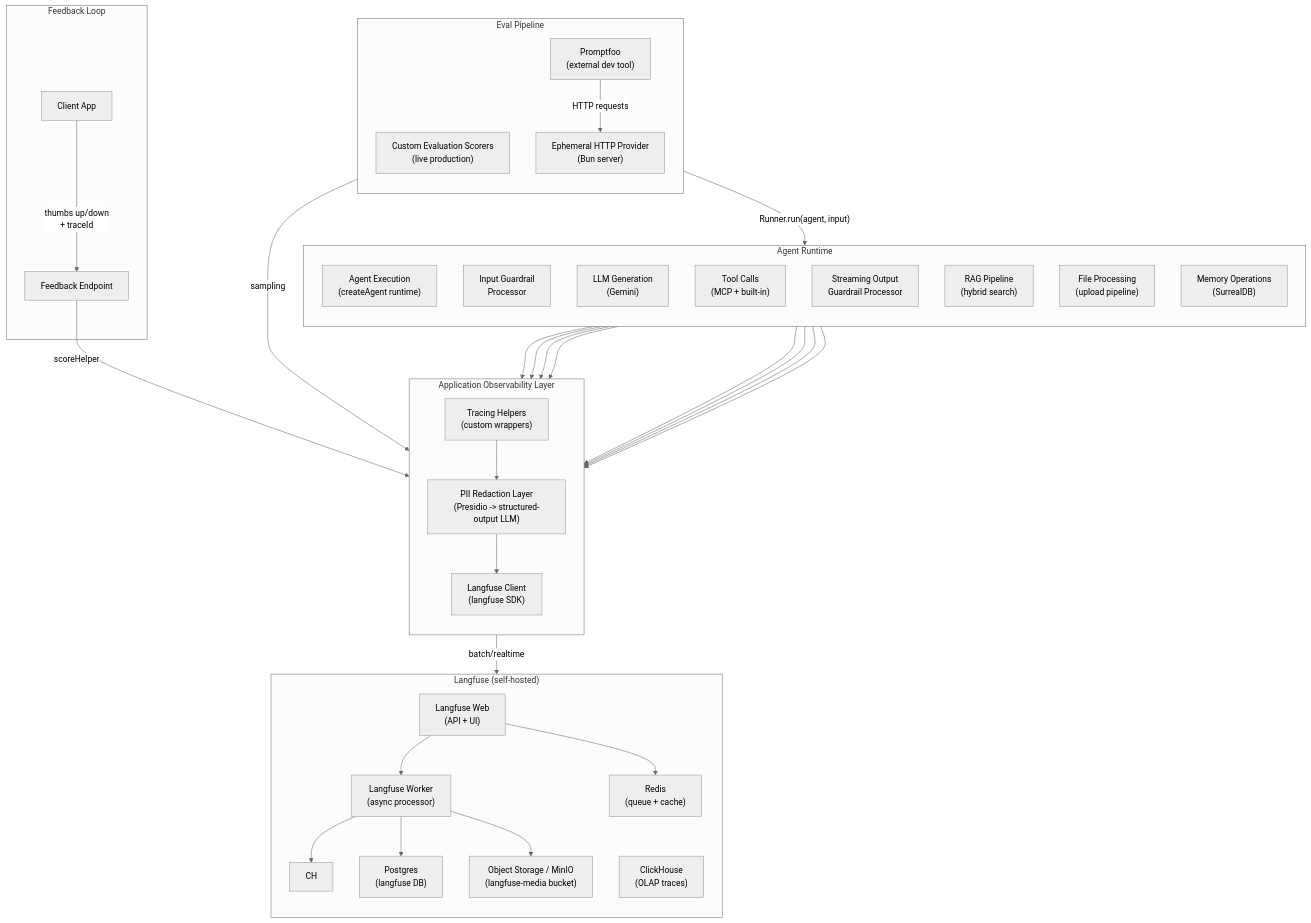
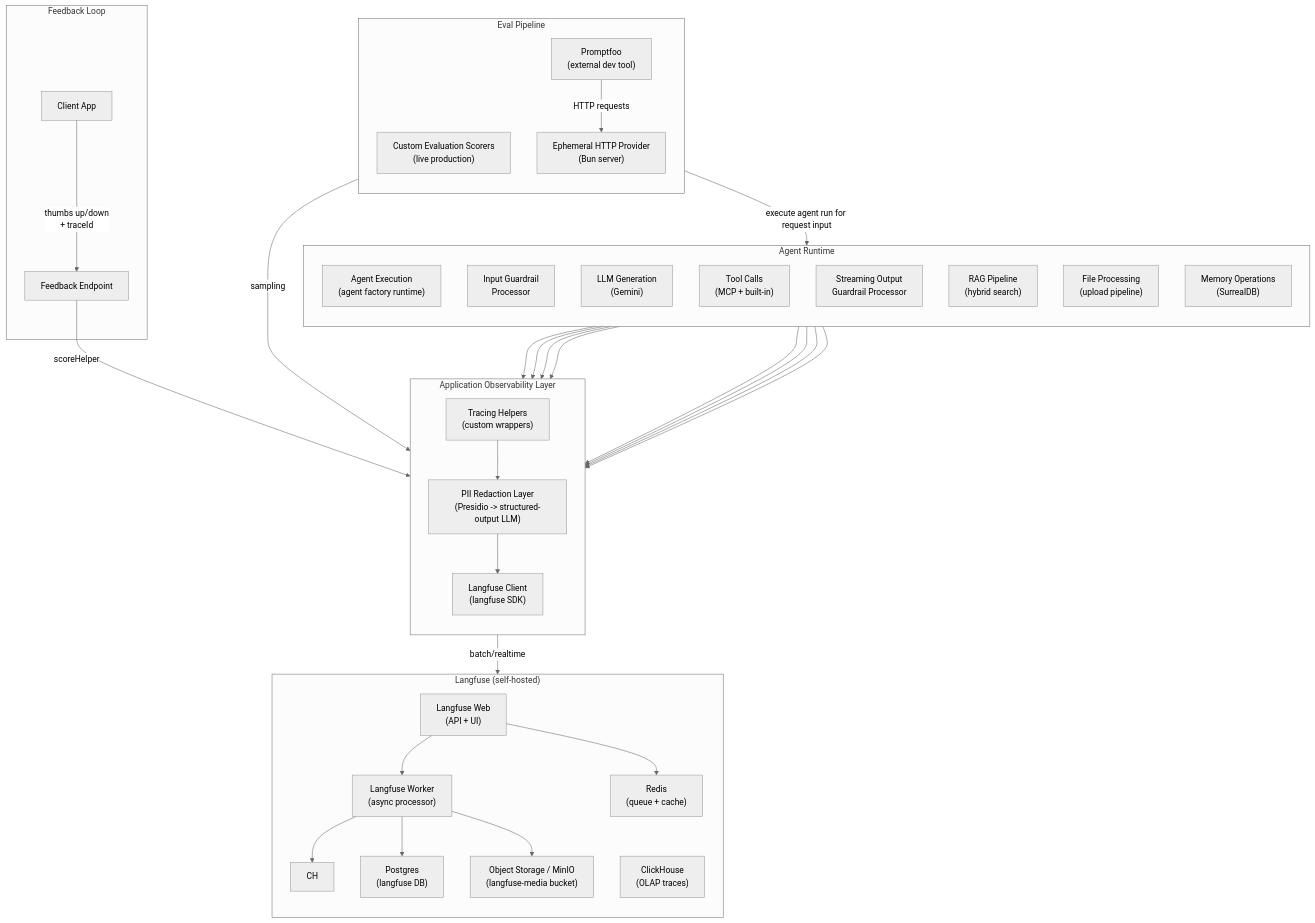
The first of 14 diagrams in plan/14-observability.md (1qh/safeagent), drawn with Mermaid (neutral theme) before and after one commit. The commit also changed other lines of this file and 18 other files, not shown here.

````diff
--- a/plan/14-observability.md
+++ b/plan/14-observability.md
@@ -27,59 +27,59 @@
 ```mermaid
 graph TB
     subgraph RUNTIME["Agent Runtime"]
         direction TB
-        AGENT["Agent Execution\n(createAgent runtime)"]
+        AGENT["Agent Execution\n(agent factory runtime)"]
         GUARD_IN["Input Guardrail\nProcessor"]
         LLM["LLM Generation\n(Gemini)"]
         TOOLS["Tool Calls\n(MCP + built-in)"]
         GUARD_OUT["Streaming Output\nGuardrail Processor"]
         RAG["RAG Pipeline\n(hybrid search)"]
         FILES["File Processing\n(upload pipeline)"]
         MEM["Memory Operations\n(SurrealDB)"]
     end
     subgraph EXPORTER["Application Observability Layer"]
         direction TB
         OBS["Tracing Helpers\n(custom wrappers)"]
         PII["PII Redaction Layer\n(Presidio -> structured-output LLM)"]
         LF_EXP["Langfuse Client\n(langfuse SDK)"]
         OBS --> PII --> LF_EXP
     end
     subgraph LANGFUSE["Langfuse (self-hosted)"]
         direction TB
         LF_WEB["Langfuse Web\n(API + UI)"]
         LF_WORKER["Langfuse Worker\n(async processor)"]
         CLICKHOUSE_OLAP["ClickHouse\n(OLAP traces)"]
         PG_LF["Postgres\n(langfuse DB)"]
         REDIS["Redis\n(queue + cache)"]
         OBJECT_STORE_LF["Object Storage / MinIO\n(langfuse-media bucket)"]
         LF_WEB --> LF_WORKER
         LF_WORKER --> CH
         LF_WORKER --> PG_LF
         LF_WEB --> REDIS
         LF_WORKER --> OBJECT_STORE_LF
     end
     subgraph FEEDBACK["Feedback Loop"]
         CLIENT["Client App"]
         FB_EP["Feedback Endpoint"]
         CLIENT -->|"thumbs up/down\n+ traceId"| FB_EP
     end
     subgraph EVAL["Eval Pipeline"]
         direction TB
         SCORERS["Custom Evaluation Scorers\n(live production)"]
         PF["Promptfoo\n(external dev tool)"]
         HTTP_PROVIDER["Ephemeral HTTP Provider\n(Bun server)"]
     end
     AGENT --> OBS
     GUARD_IN --> OBS
     LLM --> OBS
     TOOLS --> OBS
     GUARD_OUT --> OBS
     RAG --> OBS
     FILES --> OBS
     MEM --> OBS
     LF_EXP -->|"batch/realtime"| LF_WEB
     FB_EP -->|"scoreHelper"| LF_EXP
     SCORERS -->|"sampling"| LF_EXP
     PF -->|"HTTP requests"| HTTP_PROVIDER
-    HTTP_PROVIDER -->|"Runner.run(agent, input)"| AGENT
+    HTTP_PROVIDER -->|"execute agent run for request input"| AGENT
 ```
````
